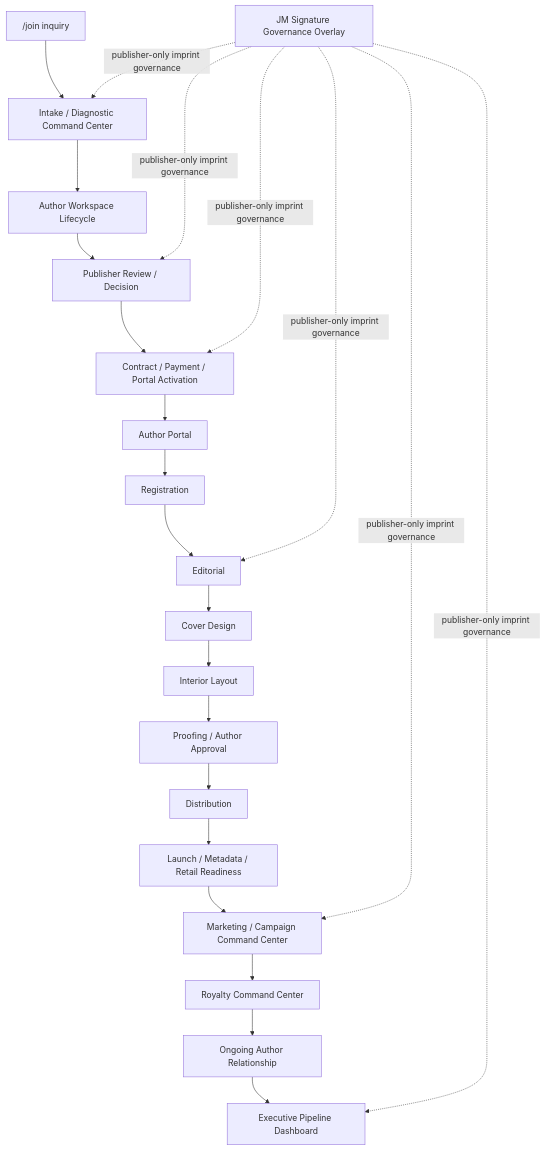
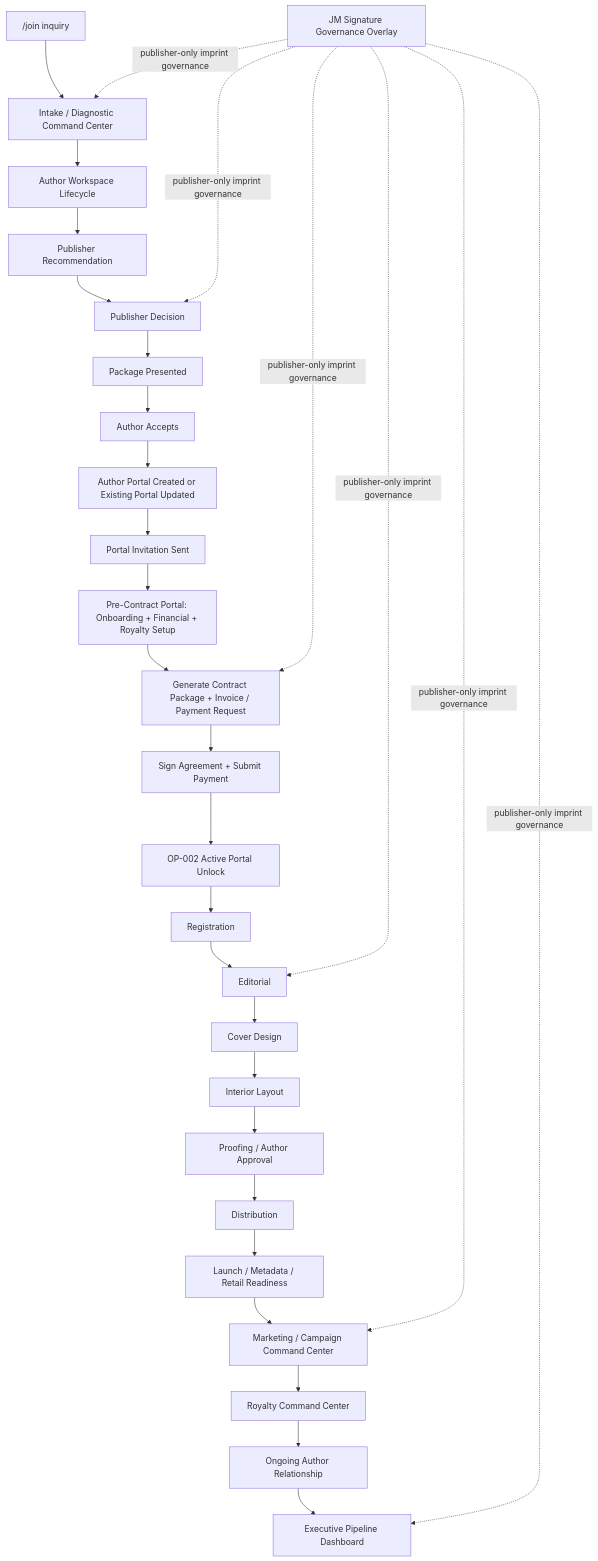
The diagram in docs/implementation/PROGRAM-002-Autonomous-Publishing-Production-Pipeline.md (jmerrillorg/jmerrill-pub), drawn with Mermaid before and after one commit. The commit also changed other lines of this file and 8 other files, not shown here.

````diff
--- a/docs/implementation/PROGRAM-002-Autonomous-Publishing-Production-Pipeline.md
+++ b/docs/implementation/PROGRAM-002-Autonomous-Publishing-Production-Pipeline.md
@@ -90,25 +90,32 @@
 ```mermaid
 flowchart TD
     A["/join inquiry"] --> B["Intake / Diagnostic Command Center"]
     B --> C["Author Workspace Lifecycle"]
-    C --> D["Publisher Review / Decision"]
-    D --> E["Contract / Payment / Portal Activation"]
-    E --> F["Author Portal"]
-    F --> G["Registration"]
-    G --> H["Editorial"]
-    H --> I["Cover Design"]
-    I --> J["Interior Layout"]
-    J --> K["Proofing / Author Approval"]
-    K --> L["Distribution"]
-    L --> M["Launch / Metadata / Retail Readiness"]
-    M --> N["Marketing / Campaign Command Center"]
-    N --> O["Royalty Command Center"]
-    O --> P["Ongoing Author Relationship"]
-    P --> Q["Executive Pipeline Dashboard"]
+    C --> D["Publisher Recommendation"]
+    D --> E["Publisher Decision"]
+    E --> F["Package Presented"]
+    F --> G["Author Accepts"]
+    G --> H["Author Portal Created or Existing Portal Updated"]
+    H --> I["Portal Invitation Sent"]
+    I --> J["Pre-Contract Portal: Onboarding + Financial + Royalty Setup"]
+    J --> K["Generate Contract Package + Invoice / Payment Request"]
+    K --> L["Sign Agreement + Submit Payment"]
+    L --> M["OP-002 Active Portal Unlock"]
+    M --> N["Registration"]
+    N --> O["Editorial"]
+    O --> P["Cover Design"]
+    P --> Q["Interior Layout"]
+    Q --> S["Proofing / Author Approval"]
+    S --> T["Distribution"]
+    T --> U["Launch / Metadata / Retail Readiness"]
+    U --> V["Marketing / Campaign Command Center"]
+    V --> W["Royalty Command Center"]
+    W --> X["Ongoing Author Relationship"]
+    X --> Y["Executive Pipeline Dashboard"]
     R["JM Signature Governance Overlay"] -. "publisher-only imprint governance" .-> B
-    R -. "publisher-only imprint governance" .-> D
     R -. "publisher-only imprint governance" .-> E
-    R -. "publisher-only imprint governance" .-> H
-    R -. "publisher-only imprint governance" .-> N
-    R -. "publisher-only imprint governance" .-> Q
+    R -. "publisher-only imprint governance" .-> K
+    R -. "publisher-only imprint governance" .-> O
+    R -. "publisher-only imprint governance" .-> V
+    R -. "publisher-only imprint governance" .-> Y
 ```
````
